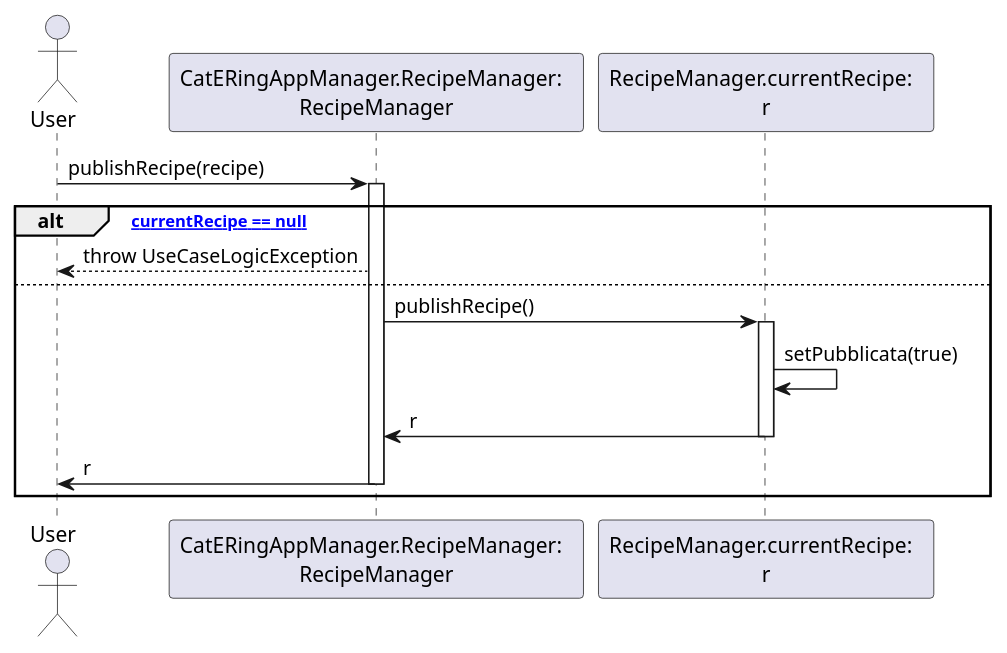
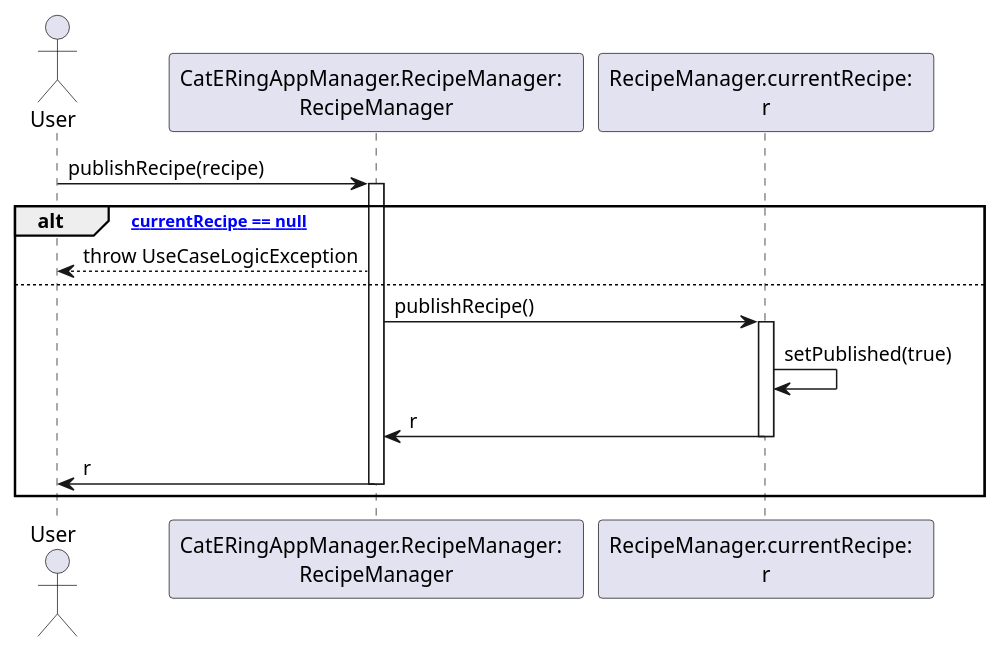
One commit to m0canu1/sas changed the diagram in dsd/dsd-ricette/7-publishRecipe.md. Above: the diagram before and after it, drawn with PlantUML. The commit also changed 6 other files, not shown here.

````diff
--- a/dsd/dsd-ricette/7-publishRecipe.md
+++ b/dsd/dsd-ricette/7-publishRecipe.md
@@ -1,22 +1,22 @@
 ```plantuml
 Actor User
-Participant "CatERingAppManager.RecipeManager:  \nRecipeManager"
-Participant "RecipeManager.currentRecipe:  \nr"
+Participant "CatERingAppManager.RecipeManager:  \nRecipeManager" as RM
+Participant "RecipeManager.currentRecipe:  \nr" as CR
 
-User -> "CatERingAppManager.RecipeManager:  \nRecipeManager": publishRecipe(recipe)
-Activate "CatERingAppManager.RecipeManager:  \nRecipeManager"
+User -> RM: publishRecipe(recipe)
+Activate RM
 
 alt ["currentRecipe == null"]
-	"CatERingAppManager.RecipeManager:  \nRecipeManager" --> User: throw UseCaseLogicException
+	RM --> User: throw UseCaseLogicException
 else 
-	"CatERingAppManager.RecipeManager:  \nRecipeManager" -> "RecipeManager.currentRecipe:  \nr": publishRecipe()
-	Activate "RecipeManager.currentRecipe:  \nr"
-	"RecipeManager.currentRecipe:  \nr" -> "RecipeManager.currentRecipe:  \nr": setPubblicata(true)
-	"RecipeManager.currentRecipe:  \nr" -> "CatERingAppManager.RecipeManager:  \nRecipeManager": r
-	Deactivate "RecipeManager.currentRecipe:  \nr"
-	"CatERingAppManager.RecipeManager:  \nRecipeManager" -> User: r
-	Deactivate "CatERingAppManager.RecipeManager:  \nRecipeManager"
+	RM -> CR: publishRecipe()
+	Activate CR
+	CR -> CR: setPublished(true)
+	CR -> RM: r
+	Deactivate CR
+	RM -> User: r
+	Deactivate RM
 end
 
 
 ```
````
